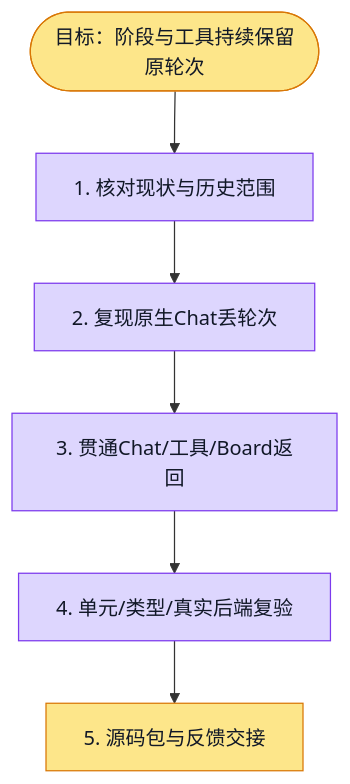
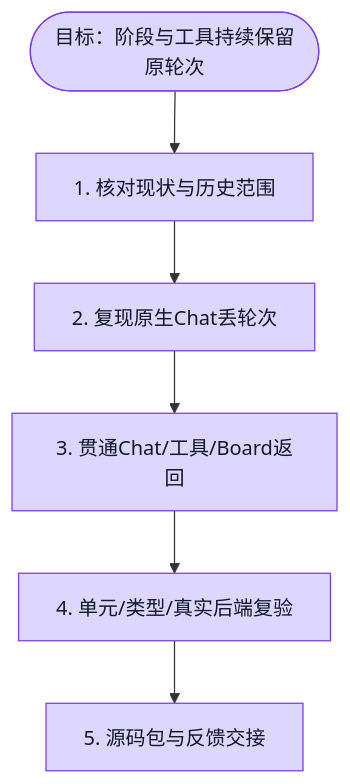
One commit to boardx/workspacex changed the diagram in docs/evidence/aidt-native/round-context/execution.plan.md. Above: the diagram before and after it, drawn with Mermaid. The commit also changed 3 other files, not shown here.

Commit message:
docs(aidt): confirm local source delivery and backlog feedback

````diff
--- a/docs/evidence/aidt-native/round-context/execution.plan.md
+++ b/docs/evidence/aidt-native/round-context/execution.plan.md
@@ -17,28 +17,30 @@
 ```mermaid
 flowchart TD
   G([目标：阶段与工具持续保留原轮次])
   S1[1. 核对现状与历史范围]
   S2[2. 复现原生Chat丢轮次]
   S3[3. 贯通Chat/工具/Board返回]
   S4[4. 单元/类型/真实后端复验]
   S5[5. 源码包与反馈交接]
 
   G --> S1 --> S2 --> S3 --> S4 --> S5
 
   classDef todo fill:#e5e7eb,stroke:#6b7280,color:#111827
   classDef doing fill:#fde68a,stroke:#d97706,color:#111827
   classDef done fill:#bbf7d0,stroke:#16a34a,color:#111827
   classDef tested fill:#ddd6fe,stroke:#7c3aed,color:#111827
   classDef blocked fill:#fecaca,stroke:#dc2626,color:#111827
 
-  class G doing
+  class G tested
+  %% evidence G: verification.md与delivery.json；本轮两处修复和本机交付完成，实模/课堂边界保留
   class S1 tested
   %% evidence S1: 已核对当前分支、无重复活动Agent及历史课程边界；source-intake.md
   class S2 tested
   %% evidence S2: reproduced-failure.txt 证明旧代码丢失反思版本
   class S3 tested
   %% evidence S3: targeted-tests.txt：83项；web-tests.txt：501项；类型、设计及ESLint通过
   class S4 tested
   %% evidence S4: native/test-results.json：1完整通过/双停启，501 Web与38 Runtime；verification.md
-  class S5 doing
+  class S5 tested
+  %% evidence S5: delivery.json：Library版本3、完整性及xattrs成功；Backlog sequence24保存回读
 ```
````
